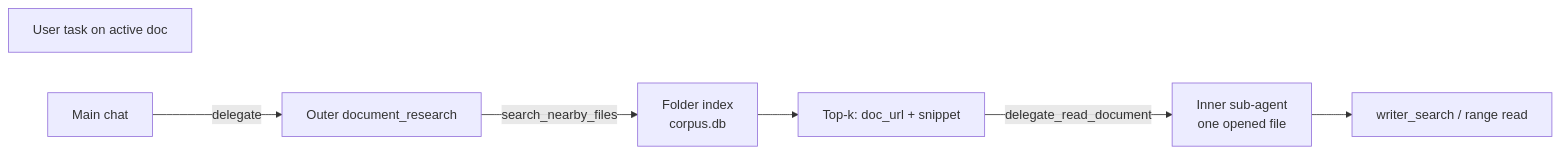
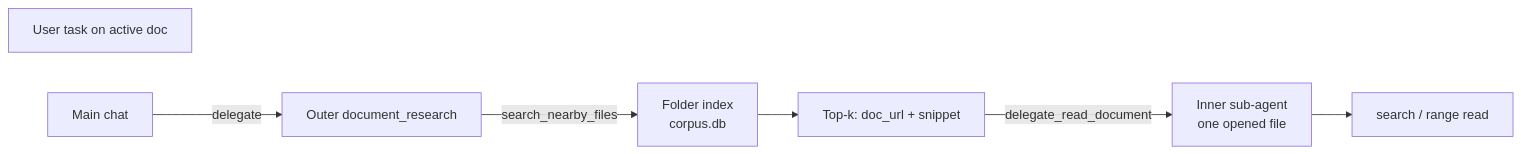
Before and after one commit to KeithCu/writeragent: the first of 3 diagrams in docs/embeddings.md, drawn with Mermaid. The commit also changed other lines of this file and 245 other files, not shown here.

````diff
--- a/docs/embeddings.md
+++ b/docs/embeddings.md
@@ -94,14 +94,14 @@
 ```mermaid
 flowchart LR
   User["User task on active doc"]
   Main[Main chat]
   Outer["Outer document_research"]
   Index["Folder index\ncorpus.db"]
   Hits["Top-k: doc_url + snippet"]
   Inner["Inner sub-agent\none opened file"]
-  Read["writer_search / range read"]
+  Read["search / range read"]
   Main -->|"delegate"| Outer
   Outer -->|"search_nearby_files"| Index
   Index --> Hits
   Hits -->|"delegate_read_document"| Inner --> Read
 ```
````
